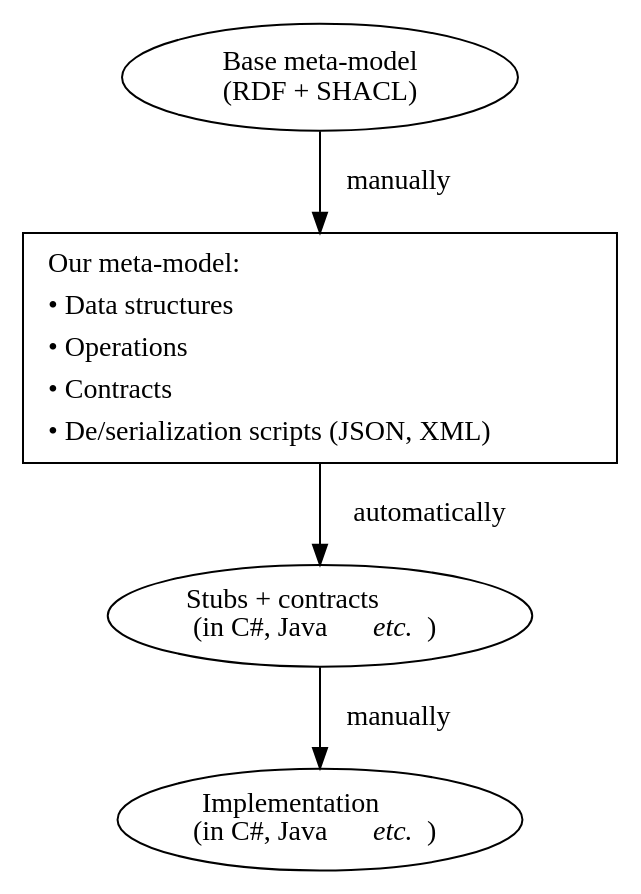
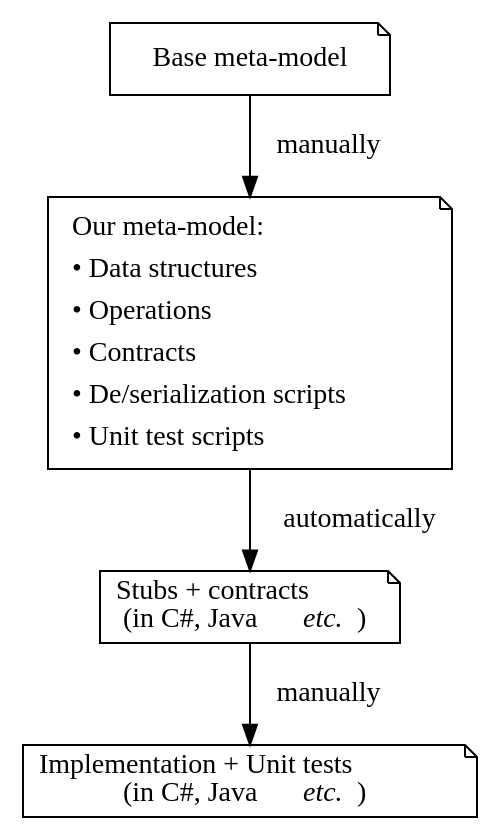
The diagram in docs/general-design-decisions/workflow-overview.dot (aas-core-works/design-docs), drawn with Graphviz before and after one commit. The commit also changed 5 other files, not shown here.

First line of the commit message:
Describe scripted unit tests (#9)

```diff
--- a/docs/general-design-decisions/workflow-overview.dot
+++ b/docs/general-design-decisions/workflow-overview.dot
@@ -1,22 +1,23 @@
 digraph G {
-    base_meta_model [label="Base meta-model\n(RDF + SHACL)"];
+    base_meta_model [label="Base meta-model", shape=note];
 
     our_meta_model [
         shape=box,
         label=<
         <table border="0">
             <tr><td align="left">Our meta-model:</td></tr>
             <tr><td align="left">• Data structures</td></tr>
             <tr><td align="left">• Operations</td></tr>
             <tr><td align="left">• Contracts</td></tr>
-            <tr><td align="left">• De/serialization scripts (JSON, XML)</td></tr>
-        </table> >];
+            <tr><td align="left">• De/serialization scripts</td></tr>
+            <tr><td align="left">• Unit test scripts</td></tr>
+        </table> >,
+        shape=note];
 
-    stubs [label=< Stubs + contracts<br/>(in C#, Java <i>etc.</i>) >];
-
-    implementation [label=< Implementation<br/>(in C#, Java <i>etc.</i>) >];
+    stubs [label=< Stubs + contracts<br/>(in C#, Java <i>etc.</i>) >, shape=note];
+    implementation [label=< Implementation + Unit tests<br/>(in C#, Java <i>etc.</i>) >, shape=note];
 
     base_meta_model -> our_meta_model [label="  manually"];
     our_meta_model -> stubs [label="  automatically"];
     stubs -> implementation [label="  manually"];
 }
```
